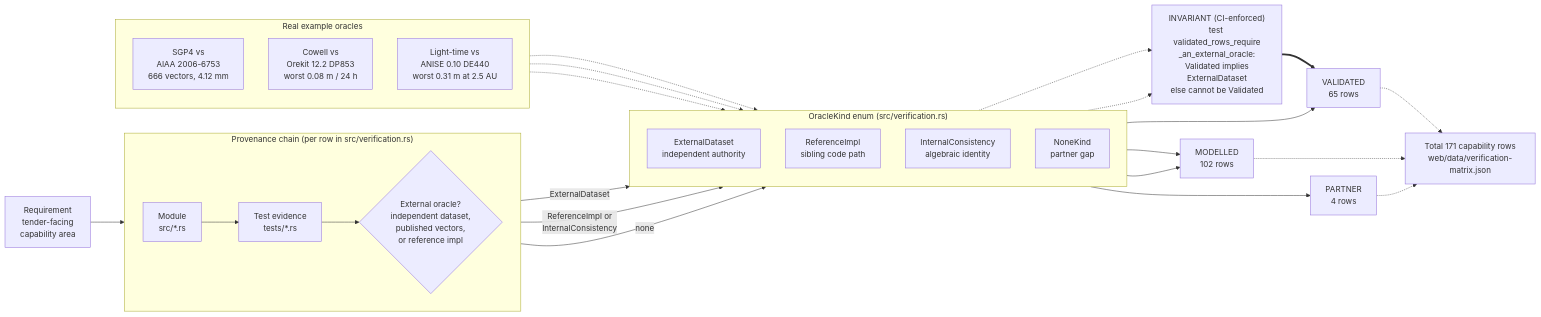
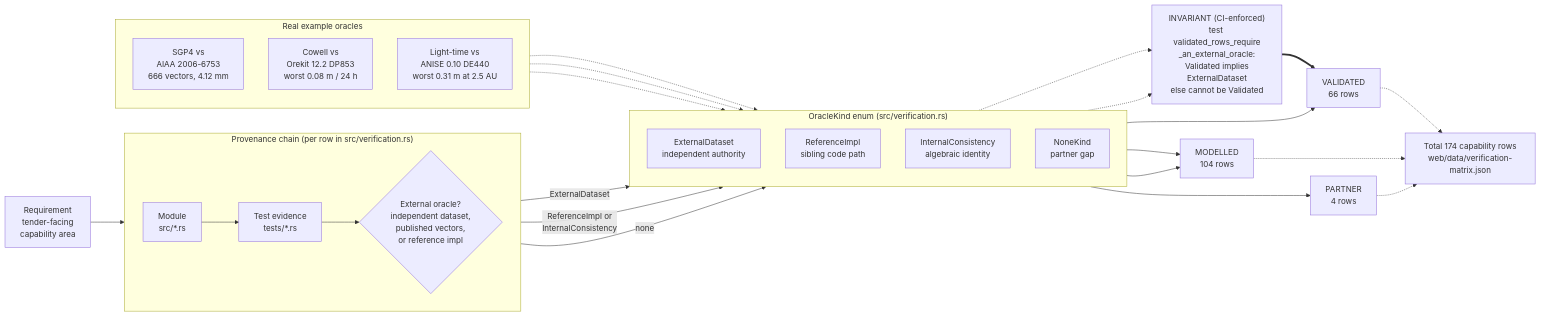
One commit to ashfordeOU/kshana changed the diagram in docs/diagrams/validation-provenance.mmd. Above: the diagram before and after it, drawn with Mermaid. The commit also changed 50 other files, not shown here.

```diff
--- a/docs/diagrams/validation-provenance.mmd
+++ b/docs/diagrams/validation-provenance.mmd
@@ -1,49 +1,49 @@
 flowchart LR
     REQ["Requirement<br/>tender-facing<br/>capability area"]
 
     subgraph CHAIN["Provenance chain (per row in src/verification.rs)"]
         direction LR
         MOD["Module<br/>src/*.rs"]
         TST["Test evidence<br/>tests/*.rs"]
         ORA{"External oracle?<br/>independent dataset,<br/>published vectors,<br/>or reference impl"}
     end
 
     REQ --> MOD --> TST --> ORA
 
     subgraph KINDS["OracleKind enum (src/verification.rs)"]
         direction TD
         EXT["ExternalDataset<br/>independent authority"]
         REF["ReferenceImpl<br/>sibling code path"]
         INT["InternalConsistency<br/>algebraic identity"]
         NON["NoneKind<br/>partner gap"]
     end
 
     ORA -->|ExternalDataset| EXT
     ORA -->|"ReferenceImpl or<br/>InternalConsistency"| INT
     ORA -->|none| NON
 
     GUARD["INVARIANT (CI-enforced)<br/>test validated_rows_require<br/>_an_external_oracle:<br/>Validated implies<br/>ExternalDataset<br/>else cannot be Validated"]
     EXT -.-> GUARD
     INT -.-> GUARD
 
-    EXT --> VAL["VALIDATED<br/>65 rows"]
-    REF --> MDL["MODELLED<br/>102 rows"]
+    EXT --> VAL["VALIDATED<br/>66 rows"]
+    REF --> MDL["MODELLED<br/>104 rows"]
     INT --> MDL
     NON --> PRT["PARTNER<br/>4 rows"]
     GUARD ==> VAL
 
     subgraph EX["Real example oracles"]
         direction TD
         E1["SGP4 vs<br/>AIAA 2006-6753<br/>666 vectors, 4.12 mm"]
         E2["Cowell vs<br/>Orekit 12.2 DP853<br/>worst 0.08 m / 24 h"]
         E3["Light-time vs<br/>ANISE 0.10 DE440<br/>worst 0.31 m at 2.5 AU"]
     end
 
     E1 -.-> EXT
     E2 -.-> EXT
     E3 -.-> EXT
 
-    TOTAL["Total 171 capability rows<br/>web/data/verification-matrix.json"]
+    TOTAL["Total 174 capability rows<br/>web/data/verification-matrix.json"]
     VAL -.-> TOTAL
     MDL -.-> TOTAL
     PRT -.-> TOTAL
```
